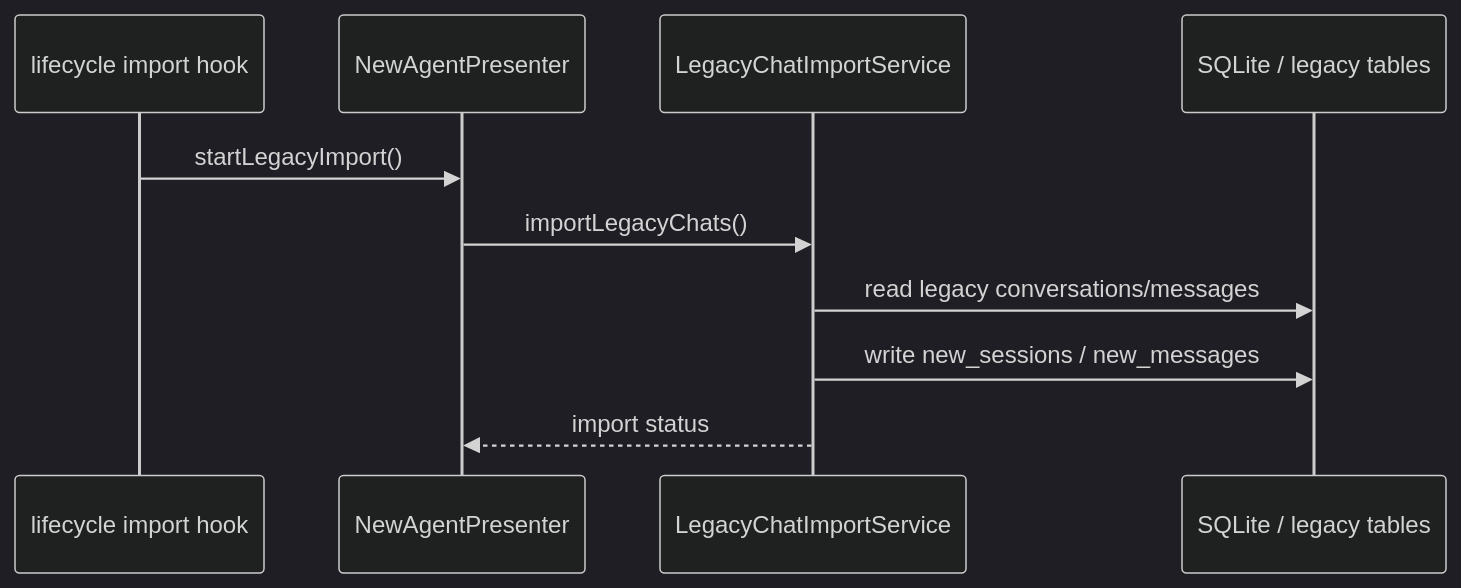
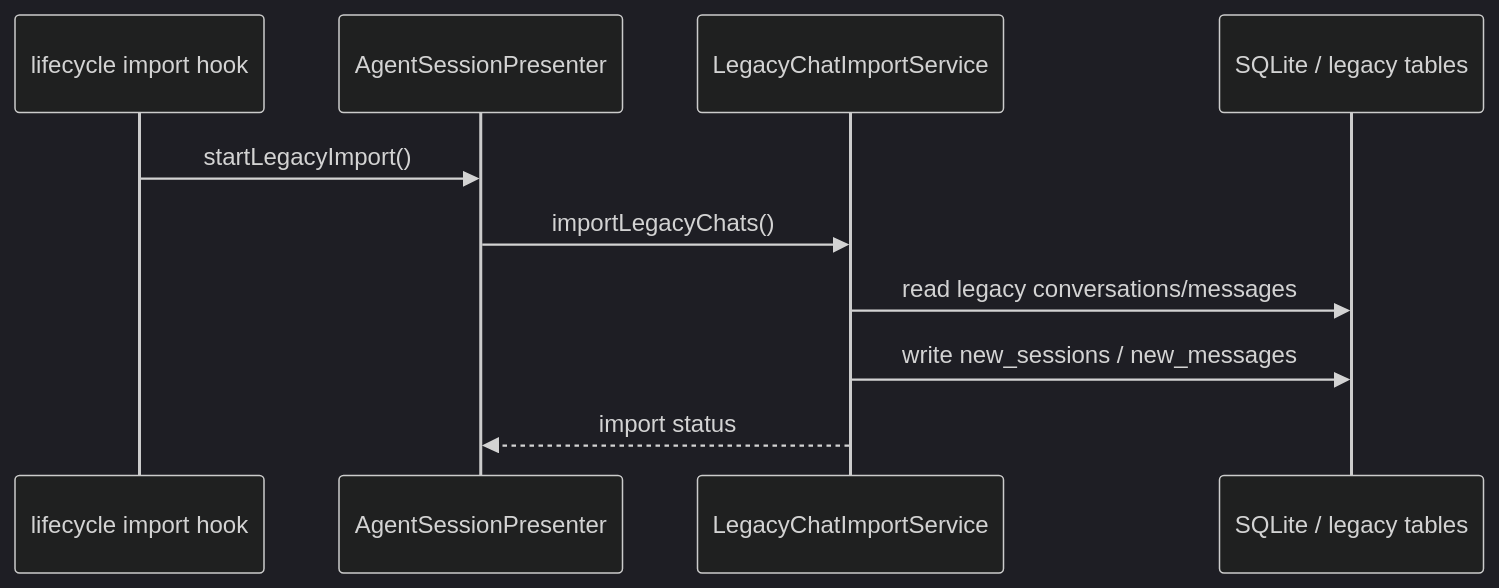
The fifth of 5 diagrams in docs/FLOWS.md (ThinkInAIXYZ/deepchat), drawn with Mermaid (dark theme) before and after one commit. The commit also changed other lines of this file and 139 other files, not shown here.

Commit message:
refactor(presenter): rename agent presenters

````diff
--- a/docs/FLOWS.md
+++ b/docs/FLOWS.md
@@ -118,13 +118,13 @@
 ```mermaid
 sequenceDiagram
     participant Hook as lifecycle import hook
-    participant N as NewAgentPresenter
+    participant N as AgentSessionPresenter
     participant I as LegacyChatImportService
     participant DB as SQLite / legacy tables
 
     Hook->>N: startLegacyImport()
     N->>I: importLegacyChats()
     I->>DB: read legacy conversations/messages
     I->>DB: write new_sessions / new_messages
     I-->>N: import status
 ```
````
